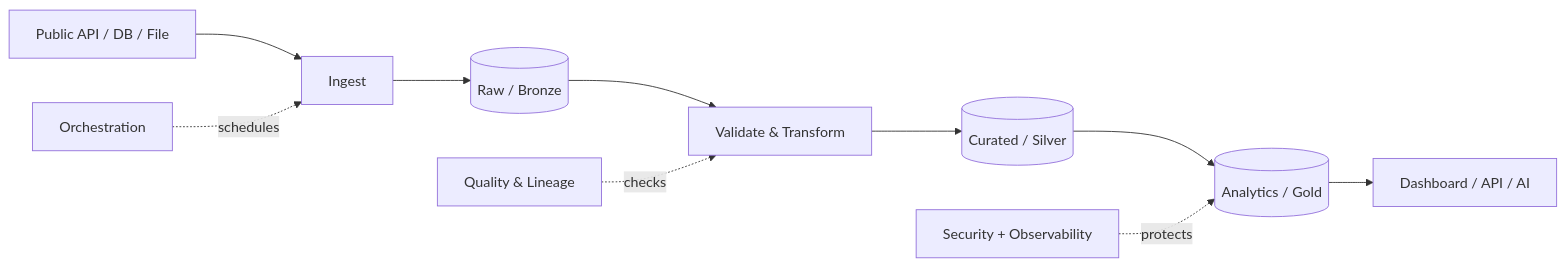
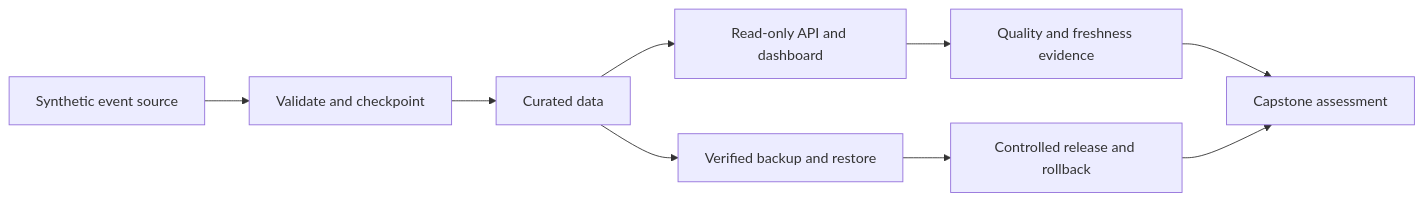
The diagram in README.md (MeiRR17/data-engineering-mastery), drawn with Mermaid before and after one commit. The commit also changed other lines of this file and 82 other files, not shown here.

````diff
--- a/README.md
+++ b/README.md
@@ -116,12 +105,11 @@
-```mermaid
+~~~mermaid
 flowchart LR
-  A[Public API / DB / File] --> B[Ingest]
-  B --> C[(Raw / Bronze)]
-  C --> D[Validate & Transform]
-  D --> E[(Curated / Silver)]
-  E --> F[(Analytics / Gold)]
-  F --> G[Dashboard / API / AI]
-  H[Orchestration] -. schedules .-> B
-  I[Quality & Lineage] -. checks .-> D
-  J[Security + Observability] -. protects .-> F
-```
+  A[Synthetic event source] --> B[Validate and checkpoint]
+  B --> C[Curated data]
+  C --> D[Read-only API and dashboard]
+  C --> E[Verified backup and restore]
+  D --> F[Quality and freshness evidence]
+  E --> G[Controlled release and rollback]
+  F --> H[Capstone assessment]
+  G --> H
+~~~
````
